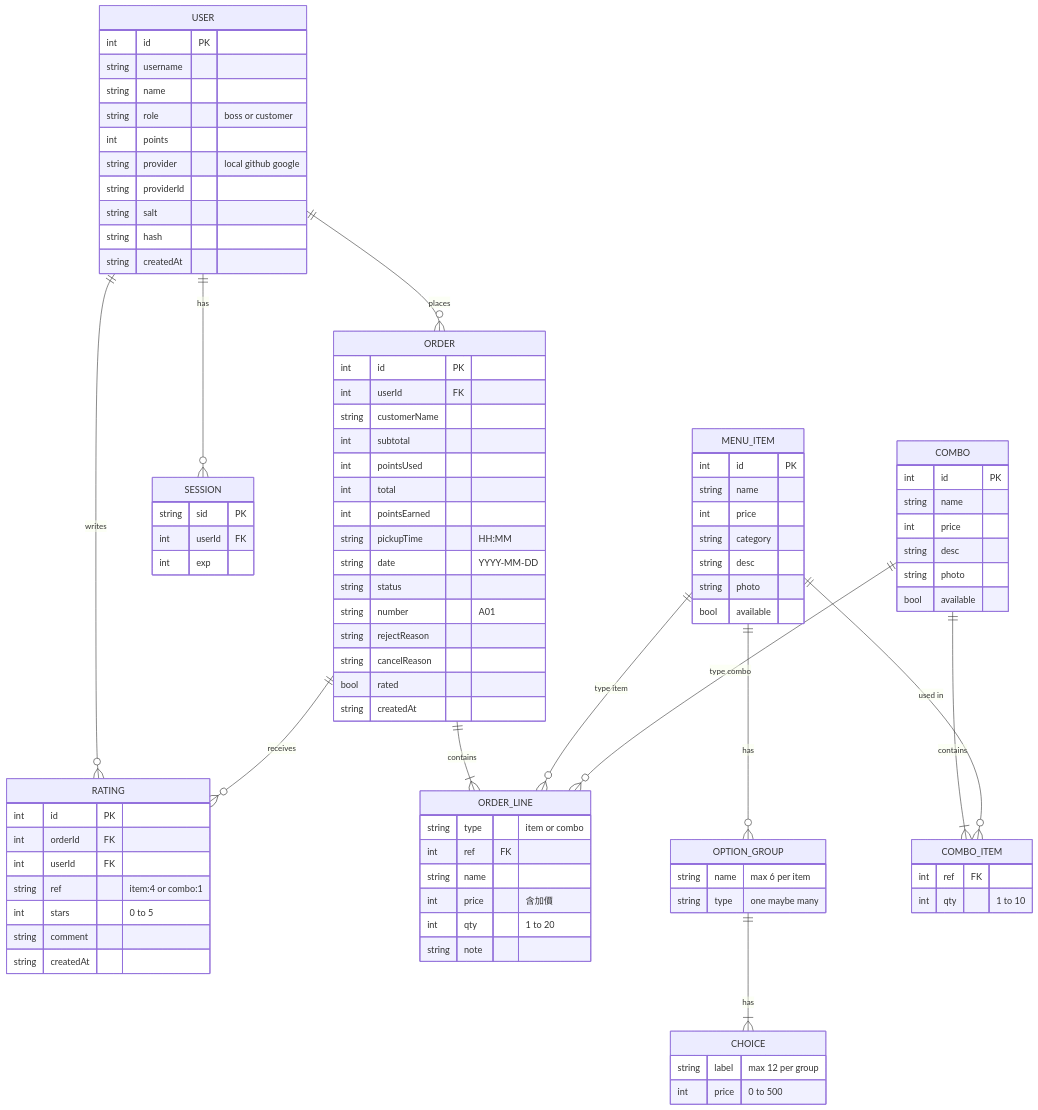
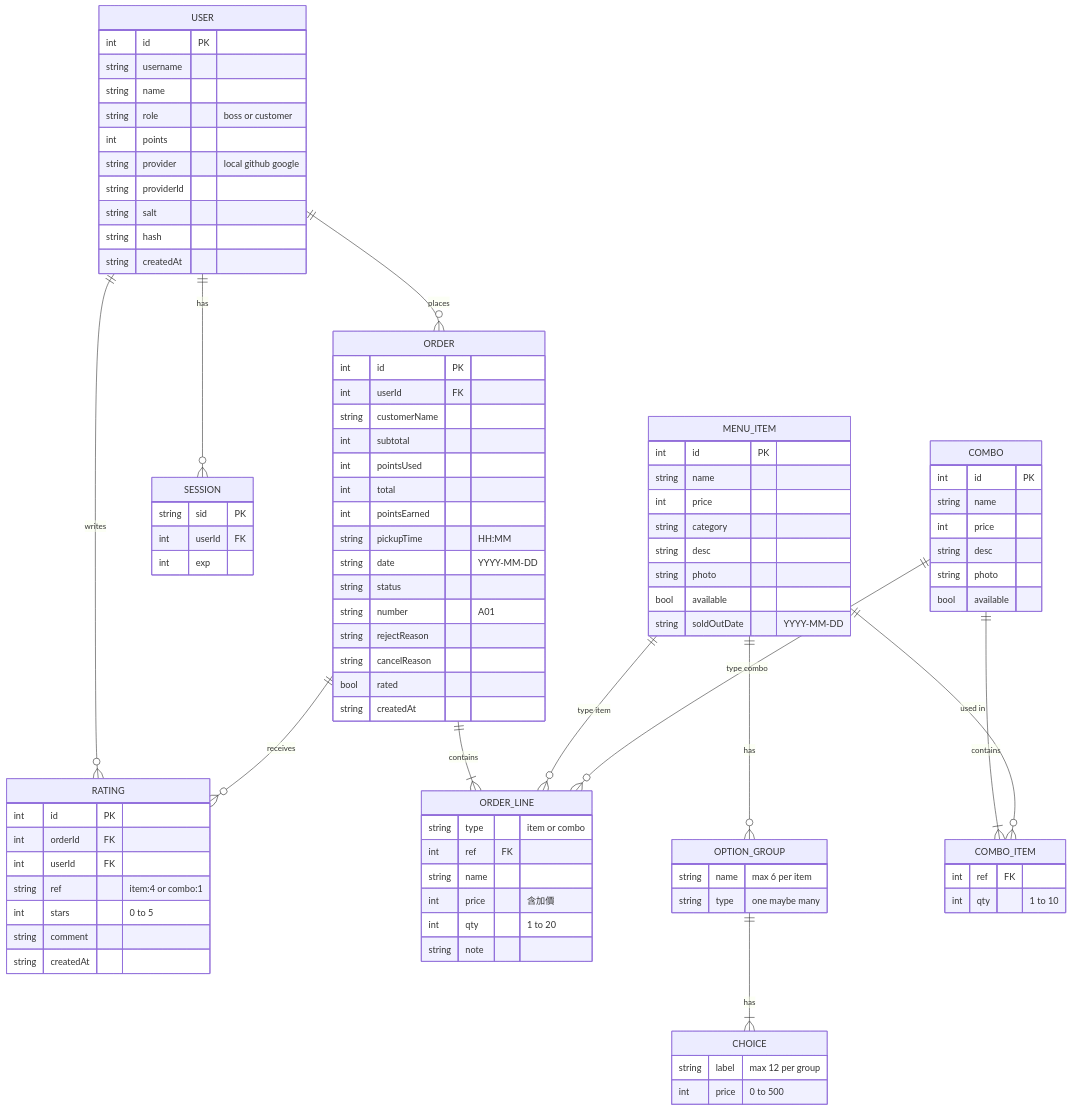
The sixth of 7 diagrams in docs/SDD.md (AlvinHii/breakfast-ordering-system), drawn with Mermaid before and after one commit. The commit also changed other lines of this file and 6 other files, not shown here.

```diff
--- a/docs/SDD.md
+++ b/docs/SDD.md
@@ -341,6 +343,7 @@
     string desc
     string photo
     bool available
+    string soldOutDate "YYYY-MM-DD"
   }
   OPTION_GROUP {
     string name "max 6 per item"
```
